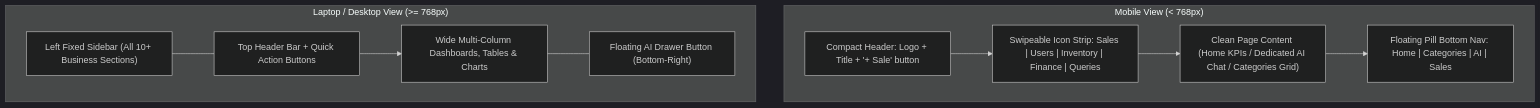
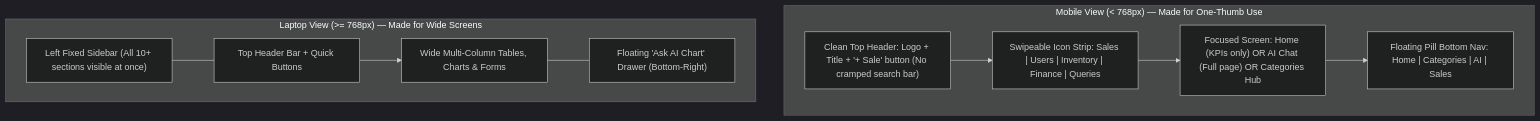
The third of 3 diagrams in APP_BUILD_NOTES.md (krishabharat/Gayatri-Software-Solution-Sales-Deck), drawn with Mermaid (dark theme) before and after one commit. The commit also changed other lines of this file, not shown here.

````diff
--- a/APP_BUILD_NOTES.md
+++ b/APP_BUILD_NOTES.md
@@ -72,20 +158,20 @@
 ```mermaid
 flowchart TB
-    subgraph MOBILE["Mobile View (< 768px)"]
-        M1["Compact Header: Logo + Title + '+ Sale' button"]
+    subgraph MOBILE["Mobile View (< 768px) — Made for One-Thumb Use"]
+        M1["Clean Top Header: Logo + Title + '+ Sale' button (No cramped search bar)"]
         M2["Swipeable Icon Strip: Sales | Users | Inventory | Finance | Queries"]
-        M3["Clean Page Content (Home KPIs / Dedicated AI Chat / Categories Grid)"]
+        M3["Focused Screen: Home (KPIs only) OR AI Chat (Full page) OR Categories Hub"]
         M4["Floating Pill Bottom Nav: Home | Categories | AI | Sales"]
         M1 --> M2 --> M3 --> M4
     end
 
-    subgraph LAPTOP["Laptop / Desktop View (>= 768px)"]
-        L1["Left Fixed Sidebar (All 10+ Business Sections)"]
-        L2["Top Header Bar + Quick Action Buttons"]
-        L3["Wide Multi-Column Dashboards, Tables & Charts"]
-        L4["Floating AI Drawer Button (Bottom-Right)"]
+    subgraph LAPTOP["Laptop View (>= 768px) — Made for Wide Screens"]
+        L1["Left Fixed Sidebar (All 10+ sections visible at once)"]
+        L2["Top Header Bar + Quick Buttons"]
+        L3["Wide Multi-Column Tables, Charts & Forms"]
+        L4["Floating 'Ask AI Chart' Drawer (Bottom-Right)"]
         L1 --- L2
         L2 --> L3
         L3 --- L4
     end
 ```
````
